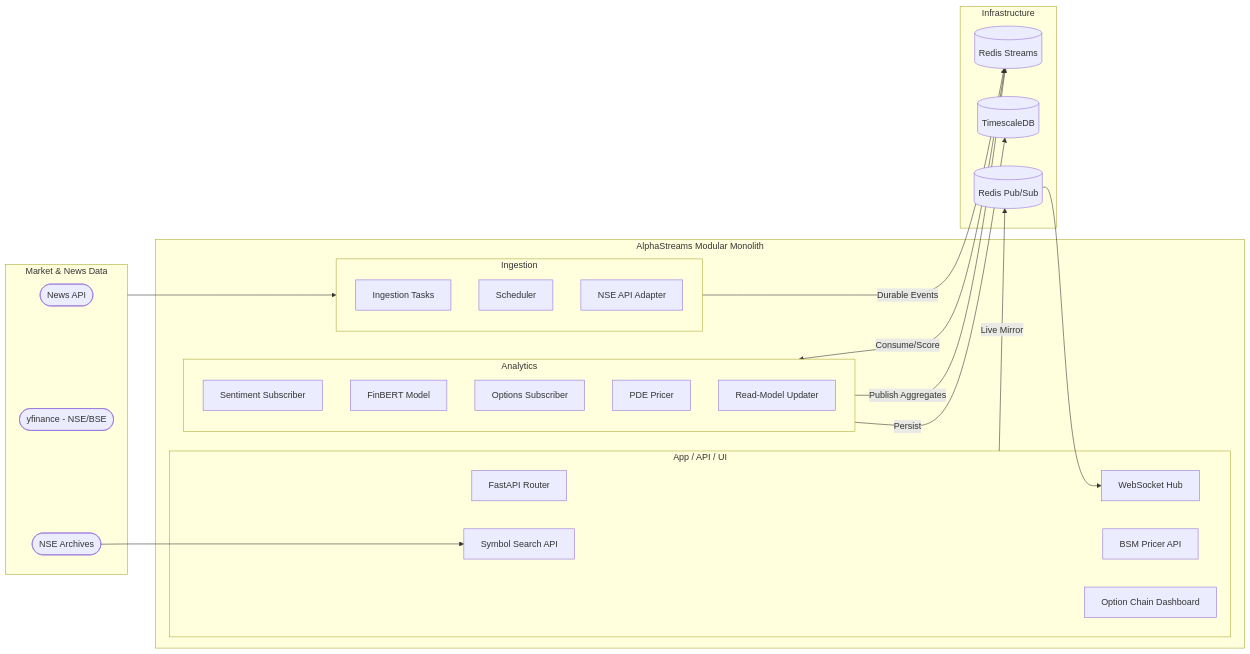
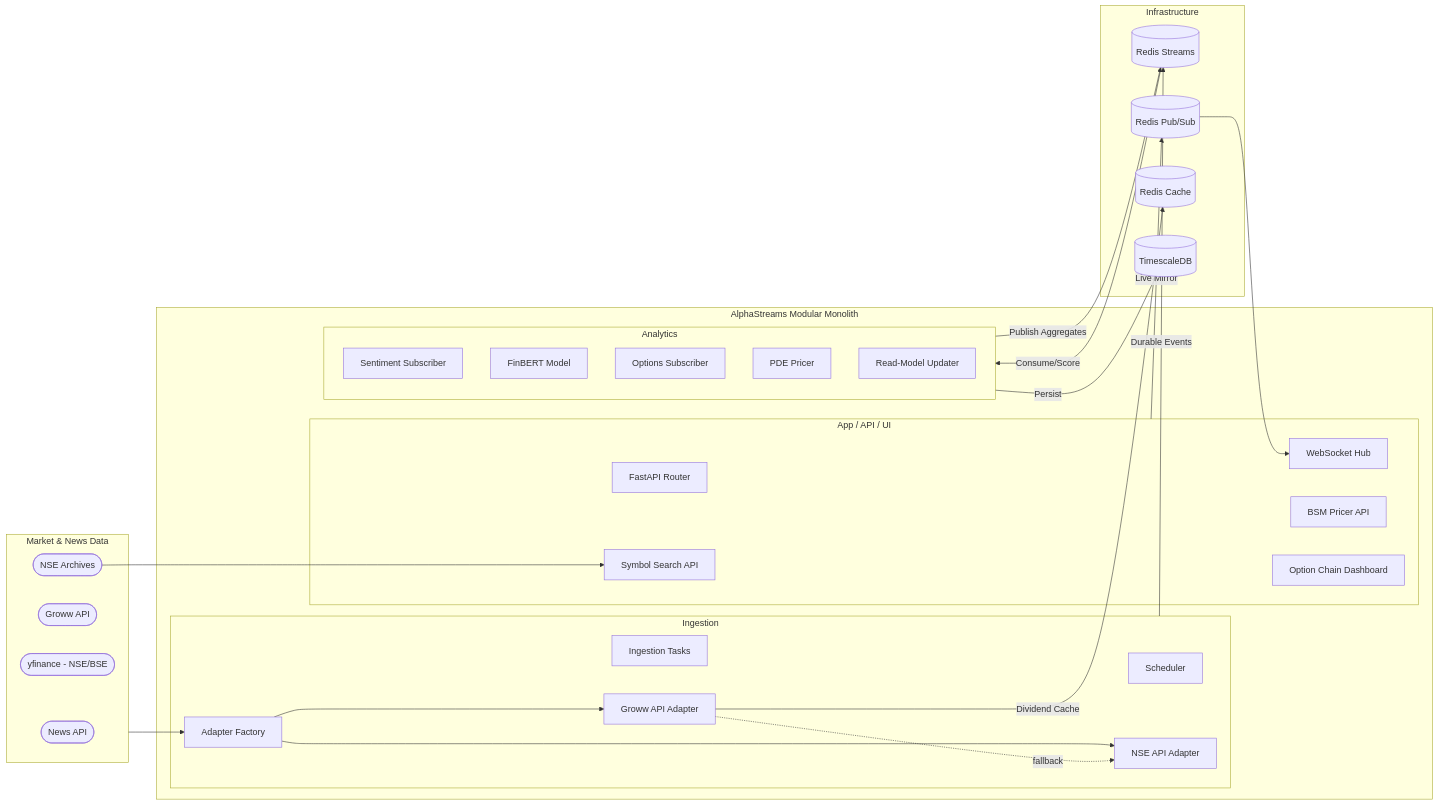
Before and after one commit to NirmayKadam/Shani: the first of 3 diagrams in README.md, drawn with Mermaid. The commit also changed other lines of this file and 1 other file, not shown here.

````diff
--- a/README.md
+++ b/README.md
@@ -71,48 +71,56 @@
 ```mermaid
 graph LR
     subgraph External_Sources [Market & News Data]
         NewsAPI([News API])
+        GrowwAPI([Groww API])
         YFinance([yfinance - NSE/BSE])
         NseArchives([NSE Archives])
     end
 
     subgraph App_Domain [AlphaStreams Modular Monolith]
         subgraph Ingestion_Context [Ingestion]
             CeleryTasks[Ingestion Tasks]
             CeleryBeat[Scheduler]
+            AdapterFactory[Adapter Factory]
             NseAdapter[NSE API Adapter]
+            GrowwAdapter[Groww API Adapter]
         end
 
         subgraph Analytics_Context [Analytics]
             SentimentSub[Sentiment Subscriber]
             FinBERT[FinBERT Model]
             OptionsSub[Options Subscriber]
             CrankNicolson[PDE Pricer]
             AggregateUpdater[Read-Model Updater]
         end
 
         subgraph App_Context [App / API / UI]
             FastAPI[FastAPI Router]
             WSServer[WebSocket Hub]
             BSMPricer[BSM Pricer API]
             SymbolSearch[Symbol Search API]
             StaticUI[Option Chain Dashboard]
         end
     end
 
     subgraph Infrastructure
         RedisStreams[(Redis Streams)]
         RedisPubSub[(Redis Pub/Sub)]
+        RedisCache[(Redis Cache)]
         TimescaleDB[(TimescaleDB)]
     end
 
     %% Flow
-    External_Sources --> Ingestion_Context
+    External_Sources --> AdapterFactory
+    AdapterFactory --> NseAdapter
+    AdapterFactory --> GrowwAdapter
+    GrowwAdapter -. "fallback" .-> NseAdapter
     NseArchives --> SymbolSearch
     Ingestion_Context -- "Durable Events" --> RedisStreams
     RedisStreams -- "Consume/Score" --> Analytics_Context
     Analytics_Context -- "Persist" --> TimescaleDB
     Analytics_Context -- "Publish Aggregates" --> RedisStreams
+    GrowwAdapter -- "Dividend Cache" --> RedisCache
     App_Context -- "Live Mirror" --> RedisPubSub
     RedisPubSub --> WSServer
 ```
````
